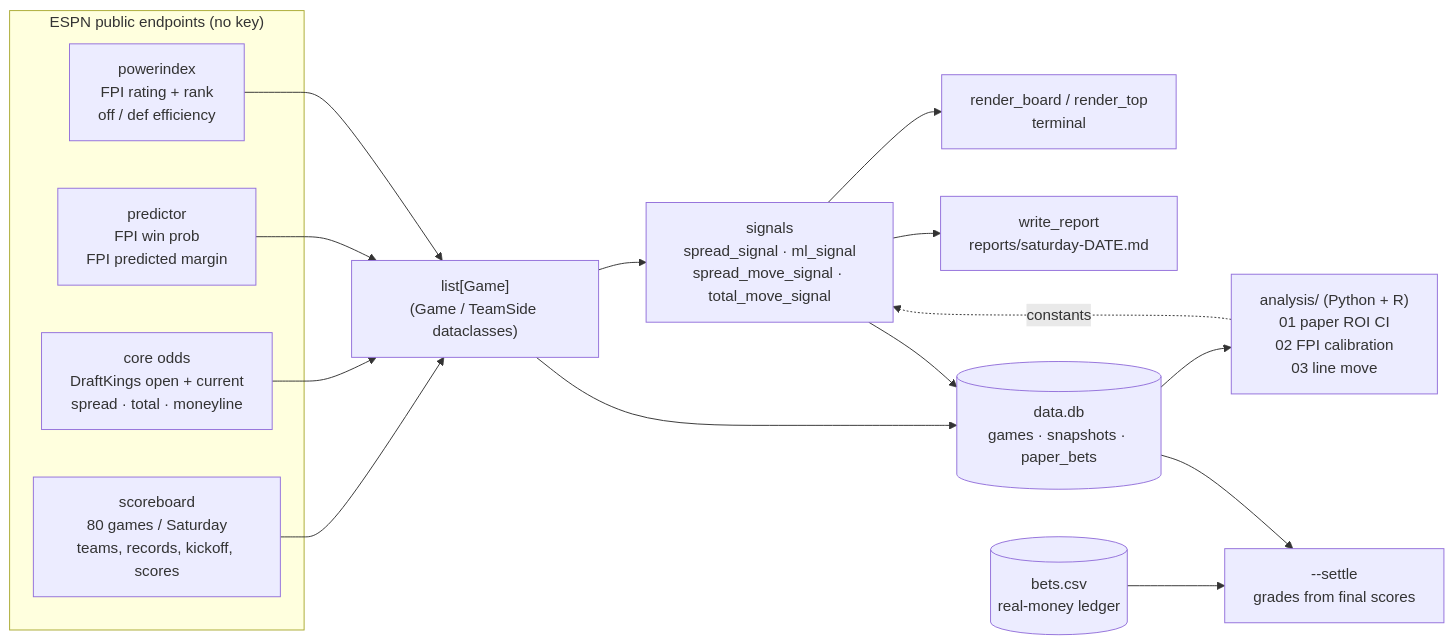
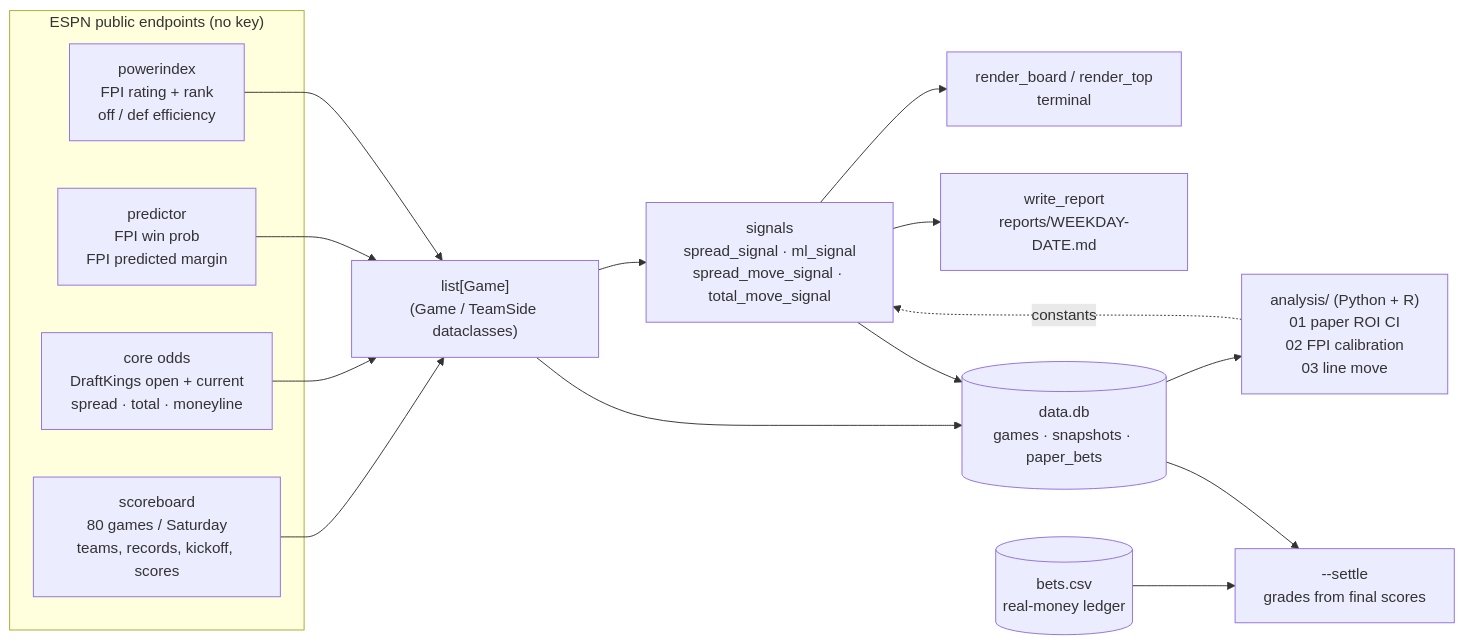
The fourth of 12 diagrams in README.md (wbp318/cfb_2026), drawn with Mermaid before and after one commit. The commit also changed other lines of this file and 7 other files, not shown here.

````diff
--- a/README.md
+++ b/README.md
@@ -252,24 +253,24 @@
 ```mermaid
 flowchart LR
     subgraph ESPN["ESPN public endpoints (no key)"]
         SB["scoreboard\n80 games / Saturday\nteams, records, kickoff, scores"]
         OD["core odds\nDraftKings open + current\nspread · total · moneyline"]
         PR["predictor\nFPI win prob\nFPI predicted margin"]
         PI["powerindex\nFPI rating + rank\noff / def efficiency"]
     end
 
     SB --> G["list[Game]\n(Game / TeamSide dataclasses)"]
     OD --> G
     PR --> G
     PI --> G
 
     G --> SIG["signals\nspread_signal · ml_signal\nspread_move_signal · total_move_signal"]
     SIG --> BOARD["render_board / render_top\nterminal"]
-    SIG --> REP["write_report\nreports/saturday-DATE.md"]
+    SIG --> REP["write_report\nreports/WEEKDAY-DATE.md"]
     G --> DB[("data.db\ngames · snapshots · paper_bets")]
     SIG --> DB
     DB --> AN["analysis/ (Python + R)\n01 paper ROI CI\n02 FPI calibration\n03 line move"]
     AN -. constants .-> SIG
     BETS[("bets.csv\nreal-money ledger")] --> SET["--settle\ngrades from final scores"]
     DB --> SET
 ```
````
